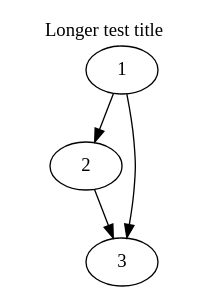
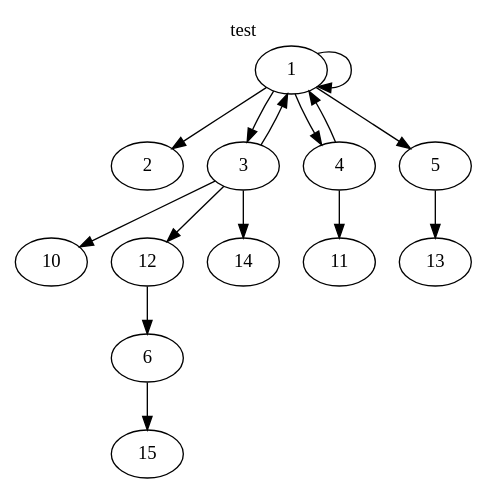
One commit to DQsamayoa/tweensvg changed the diagram in test_inputs/dot1/frame2.dot. Above: the diagram before and after it, drawn with Graphviz. The commit also changed 1 other file, not shown here.

Commit message:
test input stuff

```diff
--- a/test_inputs/dot1/frame2.dot
+++ b/test_inputs/dot1/frame2.dot
@@ -1,11 +1,32 @@
 
 digraph frame{
     labelloc="t";
-    label="Longer test title";
+    label="test";
     1 [id=node1];
     2 [id=node2];
     3 [id=node3];
+    4 [id=node4];
+    5 [id=node5];
+    10 [id=node10];
+    11 [id=node11];
+    12 [id=node12];
+    13 [id=node13];
+    14 [id=node14];
+    15 [id=node15];
+    1 -> 1 [id=edge_1_1];
     1 -> 2 [id=edge_1_2];
     1 -> 3 [id=edge_1_3];
-    2 -> 3 [id=edge_2_3];
+    1 -> 4 [id=edge_1_4];
+    1 -> 5 [id=edge_1_5];
+    4 -> 1 [id=edge_4_1];
+    3 -> 1 [id=edge_3_1];
+
+
+    3 -> 10 [id=edge_3_10];
+    4 -> 11 [id=edge_4_11];
+    3 -> 12 [id=edge_3_12];
+    5 -> 13 [id=edge_5_13];
+    3 -> 14 [id=edge_3_14];
+    6 -> 15 [id=edge_6_15];
+    12 -> 6 [id=edge_12_6];
 }
```
